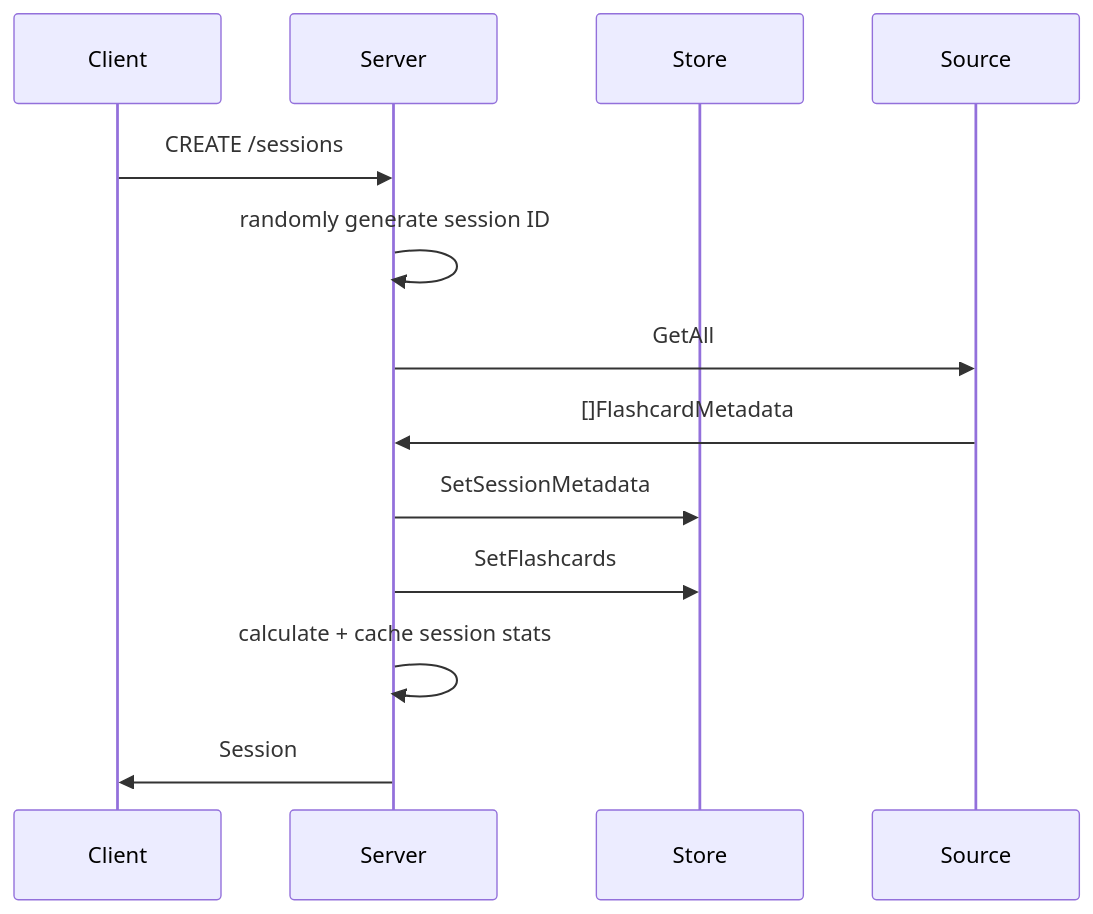
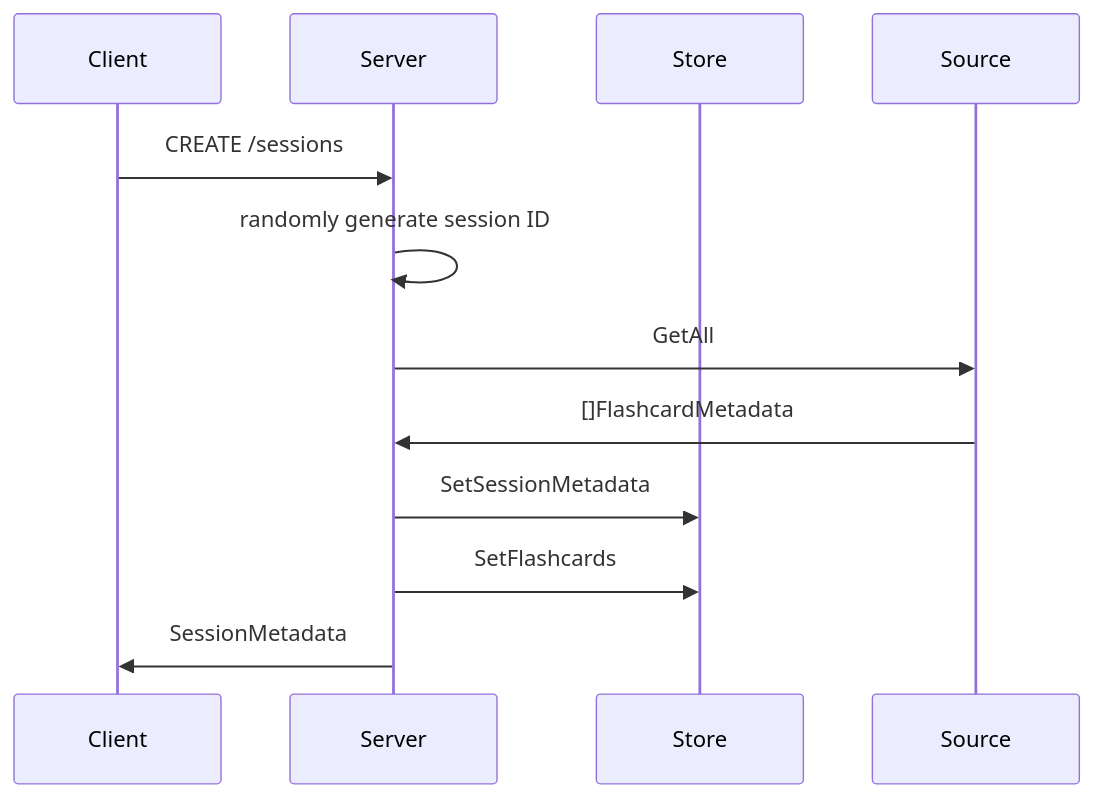
One commit to lafeingcrokodil/flashcards changed the first of 7 diagrams in README.md. Above: the diagram before and after it, drawn with Mermaid. The commit also changed other lines of this file and 9 other files, not shown here.

````diff
--- a/README.md
+++ b/README.md
@@ -67,16 +59,15 @@
 ```mermaid
 sequenceDiagram
     participant Client
     participant Server
     participant Store
     participant Source
 
     Client->>Server: CREATE /sessions
     Server->>Server: randomly generate session ID
     Server->>Source: GetAll
     Source->>Server: []FlashcardMetadata
     Server->>Store: SetSessionMetadata
     Server->>Store: SetFlashcards
-    Server->>Server: calculate + cache session stats
-    Server->>Client: Session
+    Server->>Client: SessionMetadata
 ```
````
